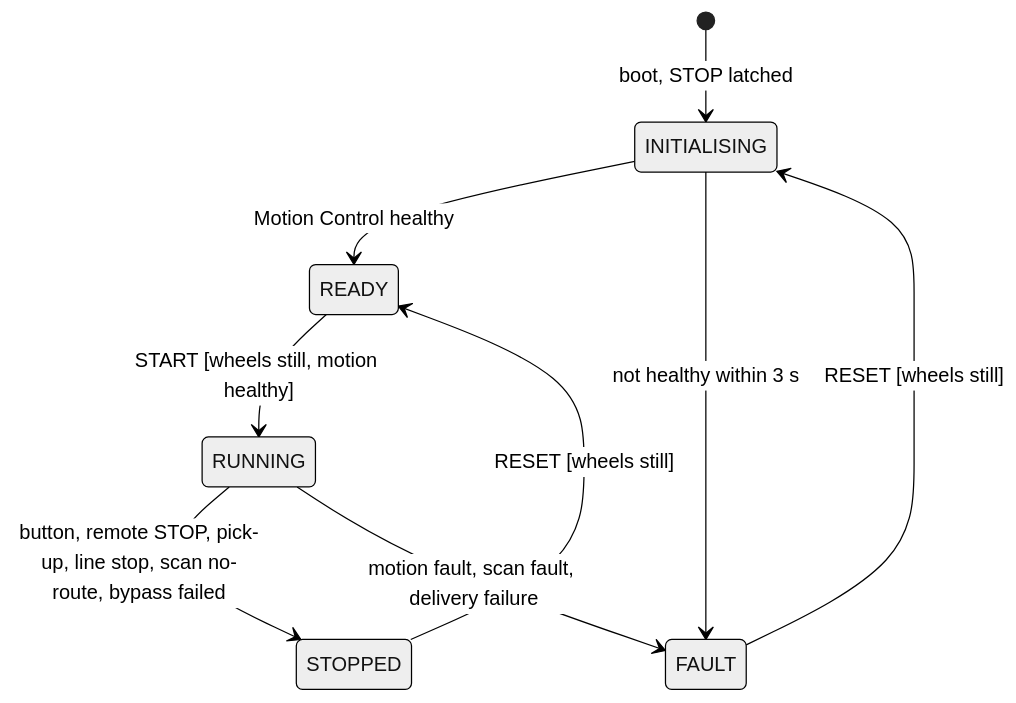
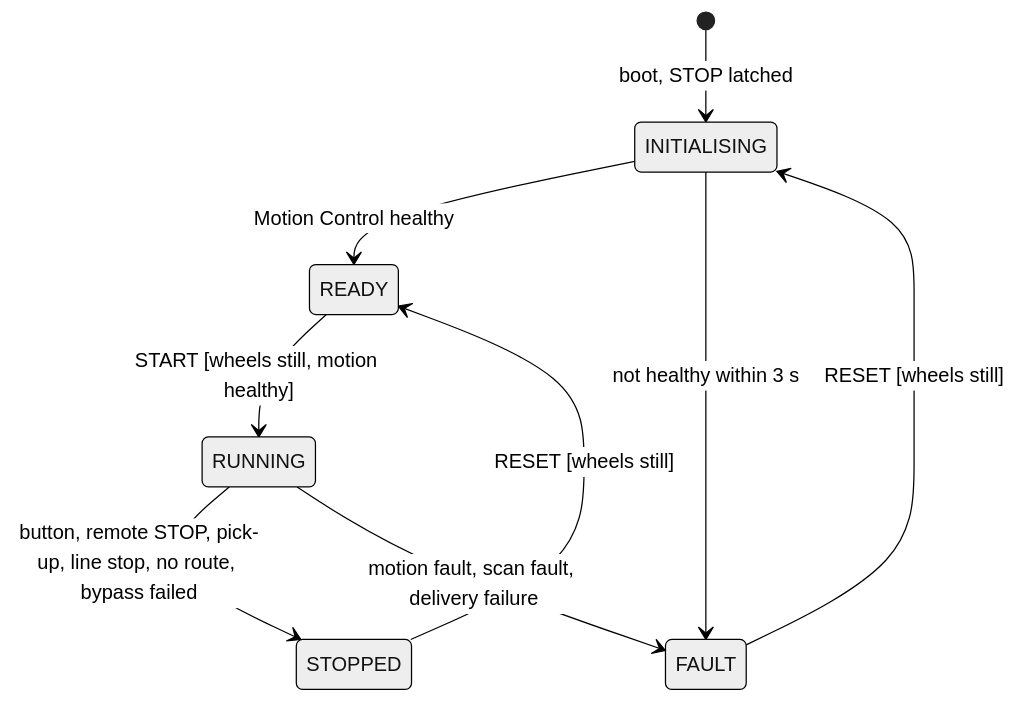
One commit to timothyckl/INF2004-P2-08-RobotCar changed the second of 6 diagrams in docs/final_architecture.md. Above: the diagram before and after it, drawn with Mermaid (neutral theme). The commit also changed other lines of this file and 6 other files, not shown here.

First line of the commit message:
docs: final audit - diagrams, outdated statements and evidence wording

````diff
--- a/docs/final_architecture.md
+++ b/docs/final_architecture.md
@@ -127,11 +148,11 @@
 ```mermaid
 stateDiagram-v2
   [*] --> INITIALISING: boot, STOP latched
   INITIALISING --> READY: Motion Control healthy
   INITIALISING --> FAULT: not healthy within 3 s
   READY --> RUNNING: START [wheels still, motion healthy]
-  RUNNING --> STOPPED: button, remote STOP, pick-up, line stop, scan no-route, bypass failed
+  RUNNING --> STOPPED: button, remote STOP, pick-up, line stop, no route, bypass failed
   RUNNING --> FAULT: motion fault, scan fault, delivery failure
   STOPPED --> READY: RESET [wheels still]
   FAULT --> INITIALISING: RESET [wheels still]
 ```
````
